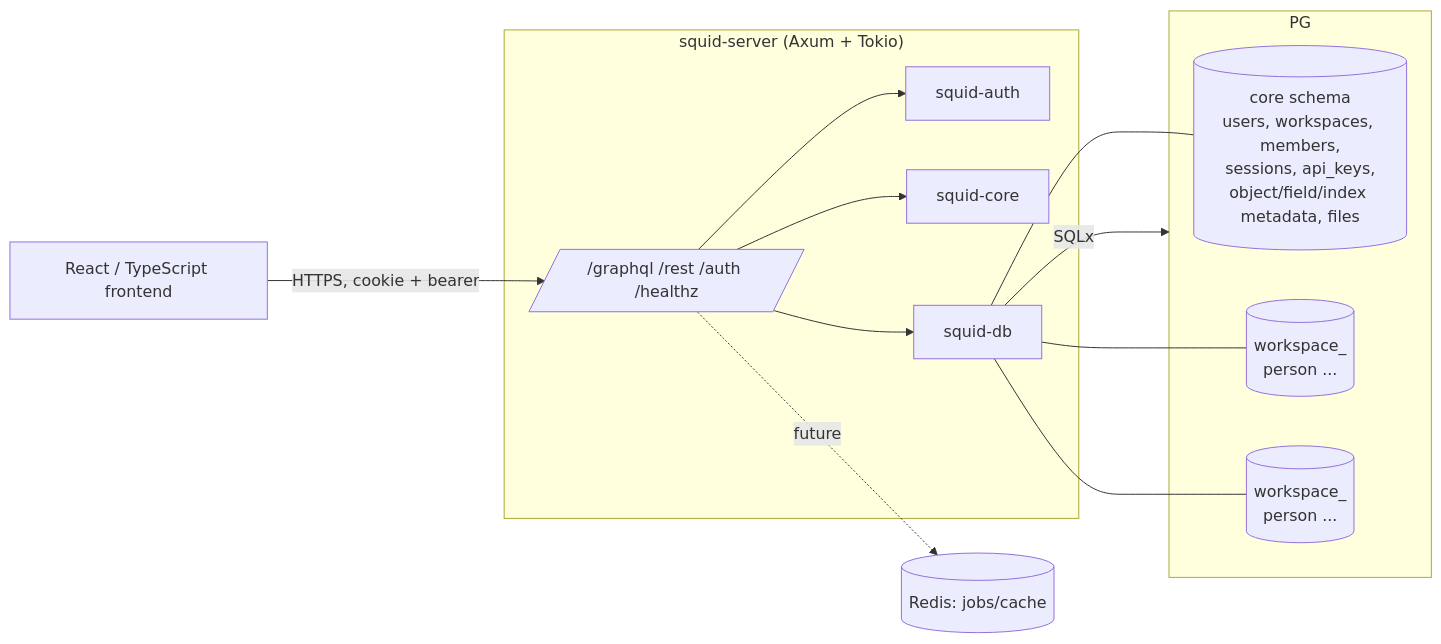
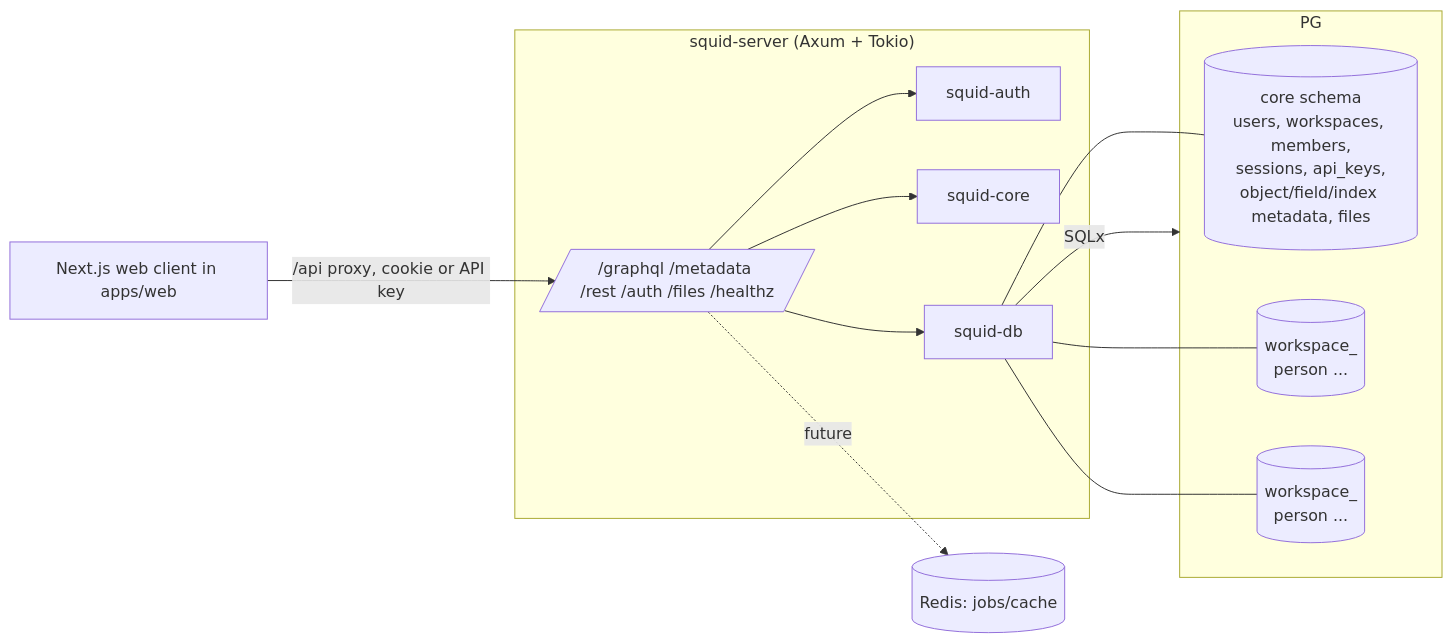
The first of 3 diagrams in docs/architecture/overview.md (Mullassery/Squid-CRM), drawn with Mermaid before and after one commit. The commit also changed other lines of this file and 155 other files, not shown here.

Commit message:
feat: add TypeScript web client and remove Twenty compatibility references

````diff
--- a/docs/architecture/overview.md
+++ b/docs/architecture/overview.md
@@ -5,23 +5,23 @@
 ```mermaid
 flowchart LR
-  Browser[React / TypeScript frontend] -->|HTTPS, cookie + bearer| API
+  Browser[Next.js web client in apps/web] -->|/api proxy, cookie or API key| API
   subgraph Rust["squid-server (Axum + Tokio)"]
-    API[/"/graphql /rest /auth /healthz"/]
+    API[/"/graphql /metadata /rest /auth /files /healthz"/]
     AUTH[squid-auth]
     CORE[squid-core]
     DBLAYER[squid-db]
   end
   API --> AUTH
   API --> CORE
   API --> DBLAYER
   DBLAYER -->|SQLx| PG[(PostgreSQL 16)]
   subgraph PG
     CORE_SCHEMA[(core schema\nusers, workspaces, members,\nsessions, api_keys,\nobject/field/index metadata, files)]
     WS_A[(workspace_<id>\nperson ...)]
     WS_B[(workspace_<id>\nperson ...)]
   end
   DBLAYER --- CORE_SCHEMA
   DBLAYER --- WS_A
   DBLAYER --- WS_B
   API -. future .-> REDIS[(Redis: jobs/cache)]
 ```
````
